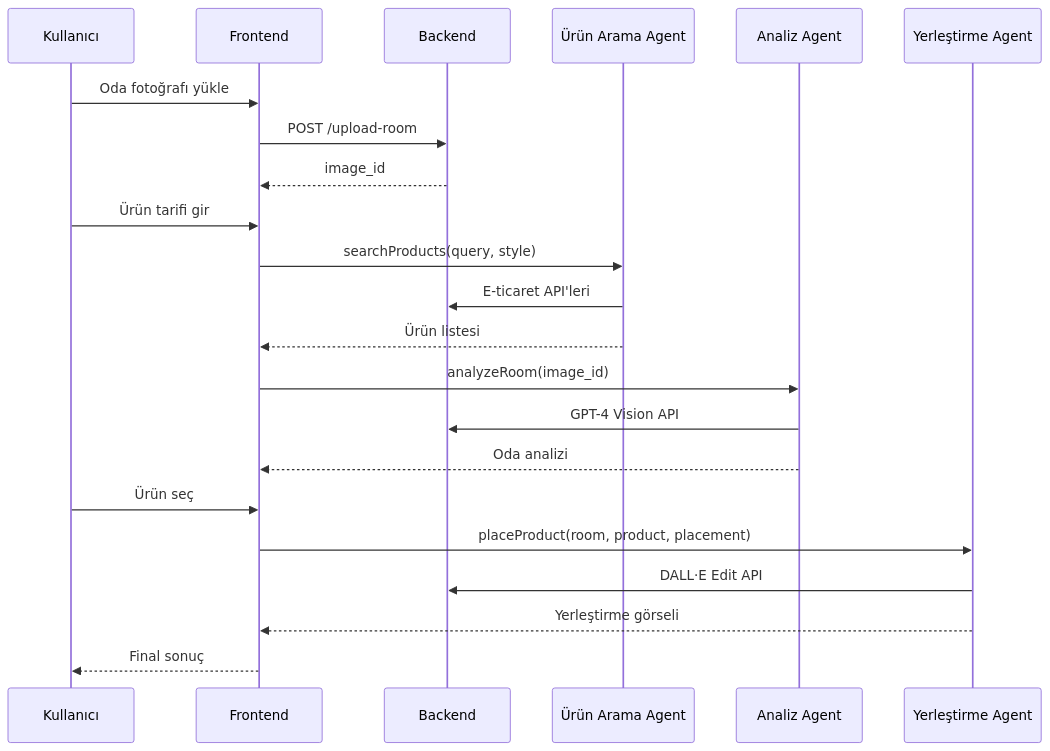
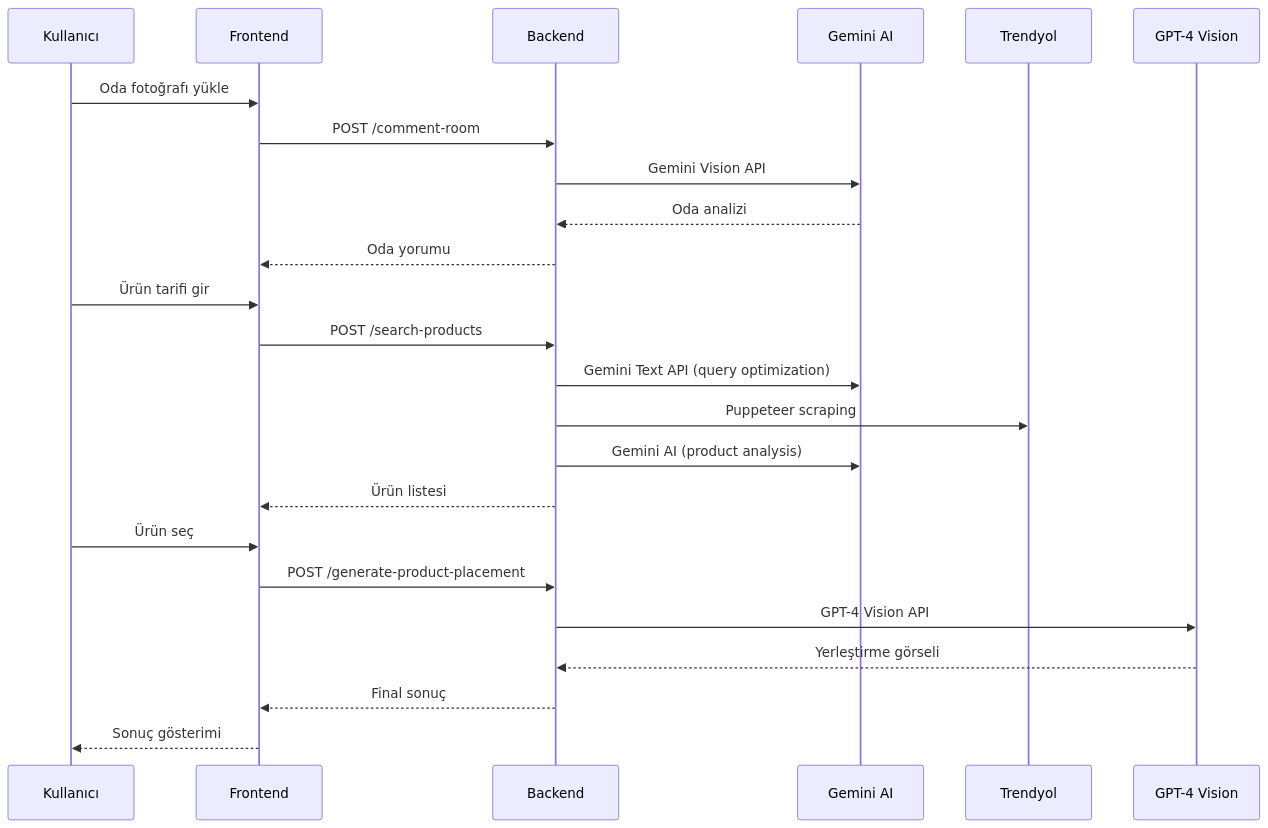
One commit to Fikret-Arici/designroom changed the diagram in PROJE_DOKUMANTASYONU.md. Above: the diagram before and after it, drawn with Mermaid. The commit also changed other lines of this file and 7 other files, not shown here.

````diff
--- a/PROJE_DOKUMANTASYONU.md
+++ b/PROJE_DOKUMANTASYONU.md
@@ -197,29 +250,30 @@
 ```mermaid
 sequenceDiagram
     participant U as Kullanıcı
     participant F as Frontend
     participant B as Backend
-    participant AI1 as Ürün Arama Agent
-    participant AI2 as Analiz Agent
-    participant AI3 as Yerleştirme Agent
+    participant G as Gemini AI
+    participant T as Trendyol
+    participant GPT as GPT-4 Vision
     
     U->>F: Oda fotoğrafı yükle
-    F->>B: POST /upload-room
-    B-->>F: image_id
+    F->>B: POST /comment-room
+    B->>G: Gemini Vision API
+    G-->>B: Oda analizi
+    B-->>F: Oda yorumu
     
     U->>F: Ürün tarifi gir
-    F->>AI1: searchProducts(query, style)
-    AI1->>B: E-ticaret API'leri
-    AI1-->>F: Ürün listesi
-    
-    F->>AI2: analyzeRoom(image_id)
-    AI2->>B: GPT-4 Vision API
-    AI2-->>F: Oda analizi
+    F->>B: POST /search-products
+    B->>G: Gemini Text API (query optimization)
+    B->>T: Puppeteer scraping
+    B->>G: Gemini AI (product analysis)
+    B-->>F: Ürün listesi
     
     U->>F: Ürün seç
-    F->>AI3: placeProduct(room, product, placement)
-    AI3->>B: DALL·E Edit API
-    AI3-->>F: Yerleştirme görseli
+    F->>B: POST /generate-product-placement
+    B->>GPT: GPT-4 Vision API
+    GPT-->>B: Yerleştirme görseli
+    B-->>F: Final sonuç
     
-    F-->>U: Final sonuç
+    F-->>U: Sonuç gösterimi
 ```
````
